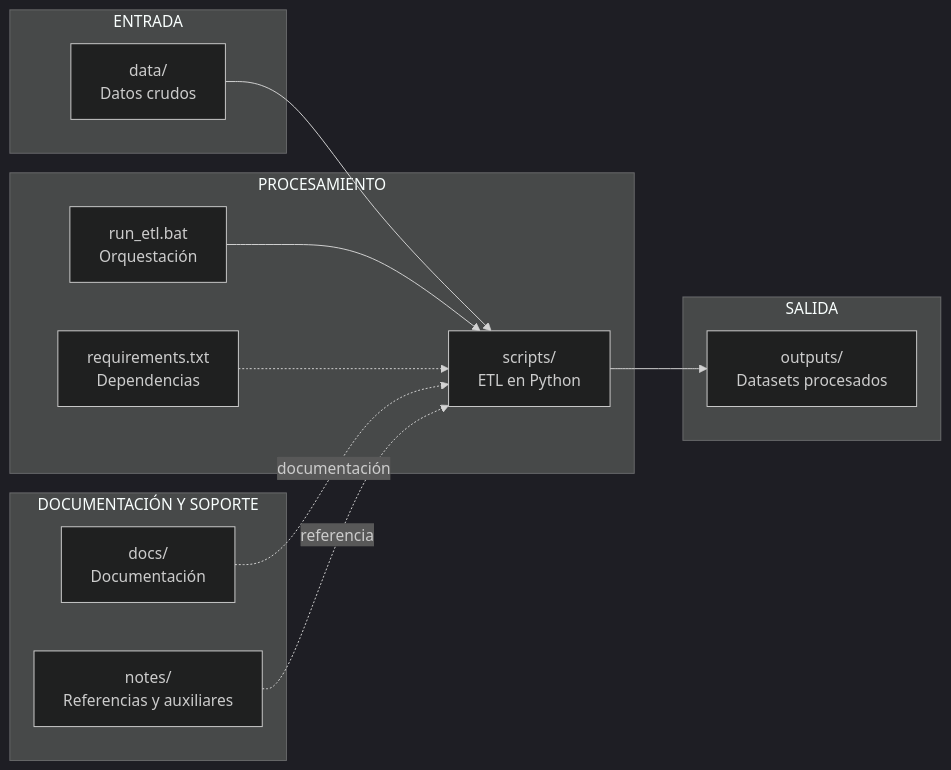
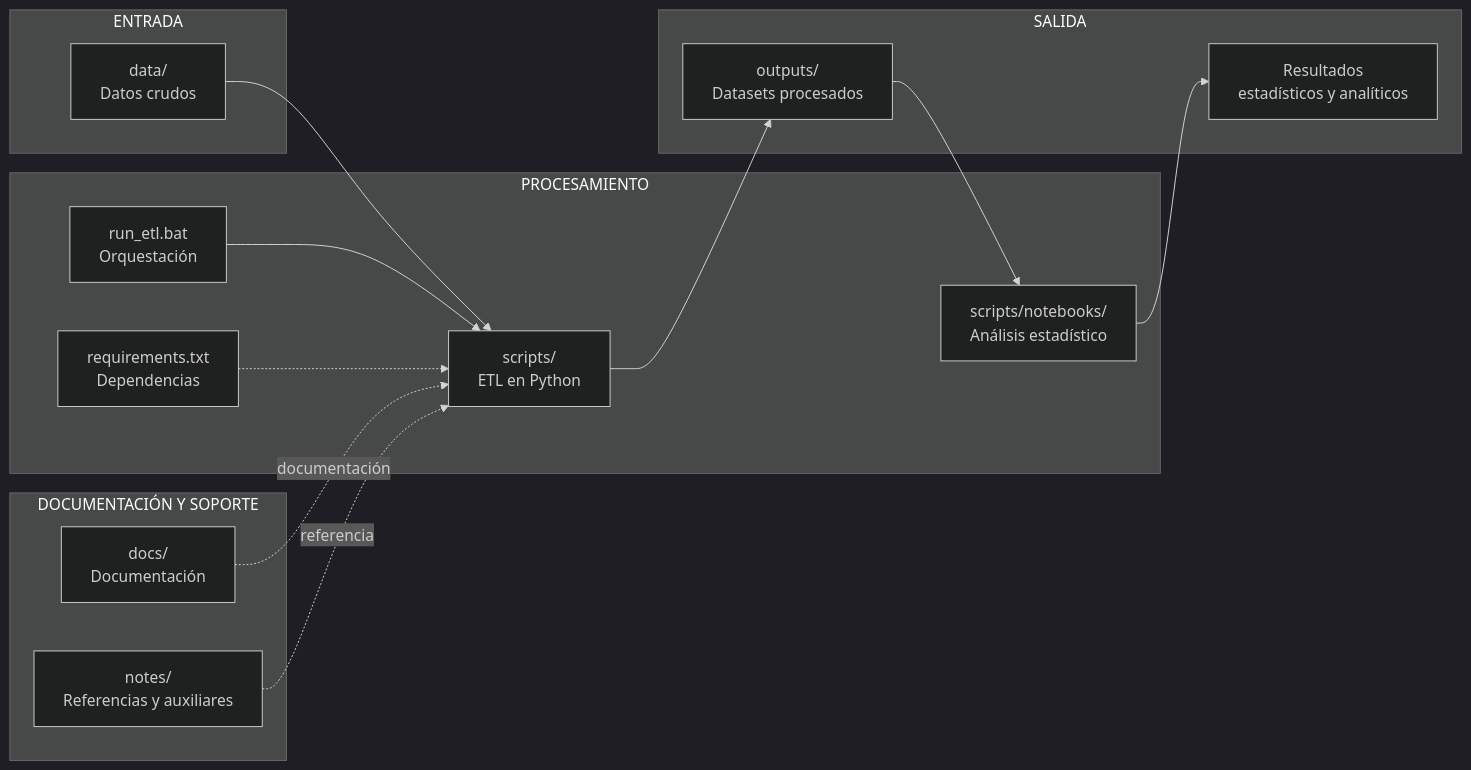
One commit to AnaTuPatrona/DataJamDistrital_Bogota2026 changed the third of 3 diagrams in README.md. Above: the diagram before and after it, drawn with Mermaid (dark theme). The commit also changed other lines of this file, not shown here.

````diff
--- a/README.md
+++ b/README.md
@@ -231,29 +267,33 @@
 ```mermaid
 flowchart LR
     subgraph FUENTES["ENTRADA"]
         DATA["data/<br/>Datos crudos"]
     end
 
     subgraph PROCESAMIENTO["PROCESAMIENTO"]
         SCRIPTS["scripts/<br/>ETL en Python"]
+        NOTEBOOKS["scripts/notebooks/<br/>Análisis estadístico"]
         REQ["requirements.txt<br/>Dependencias"]
         BAT["run_etl.bat<br/>Orquestación"]
     end
 
     subgraph PRODUCTOS["SALIDA"]
         OUTPUTS["outputs/<br/>Datasets procesados"]
+        RESULTS["Resultados<br/>estadísticos y analíticos"]
     end
 
     subgraph DOCUMENTACION["DOCUMENTACIÓN Y SOPORTE"]
         DOCS["docs/<br/>Documentación"]
         NOTES["notes/<br/>Referencias y auxiliares"]
     end
 
     DATA --> SCRIPTS
     BAT --> SCRIPTS
     REQ -.-> SCRIPTS
     SCRIPTS --> OUTPUTS
+    OUTPUTS --> NOTEBOOKS
+    NOTEBOOKS --> RESULTS
 
     DOCS -. documentación .-> SCRIPTS
     NOTES -. referencia .-> SCRIPTS
 ```
````
